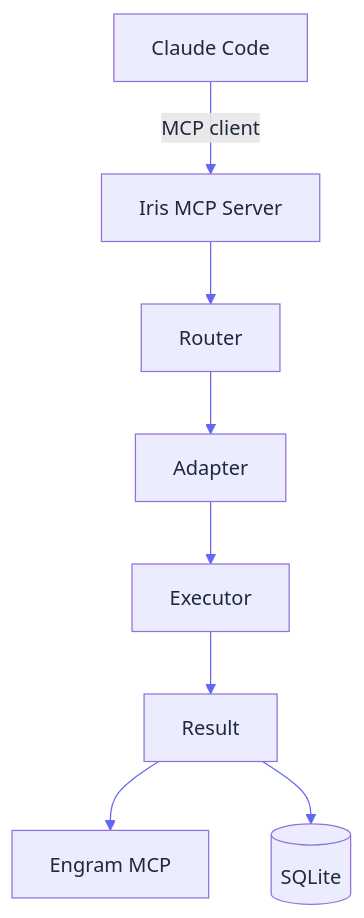
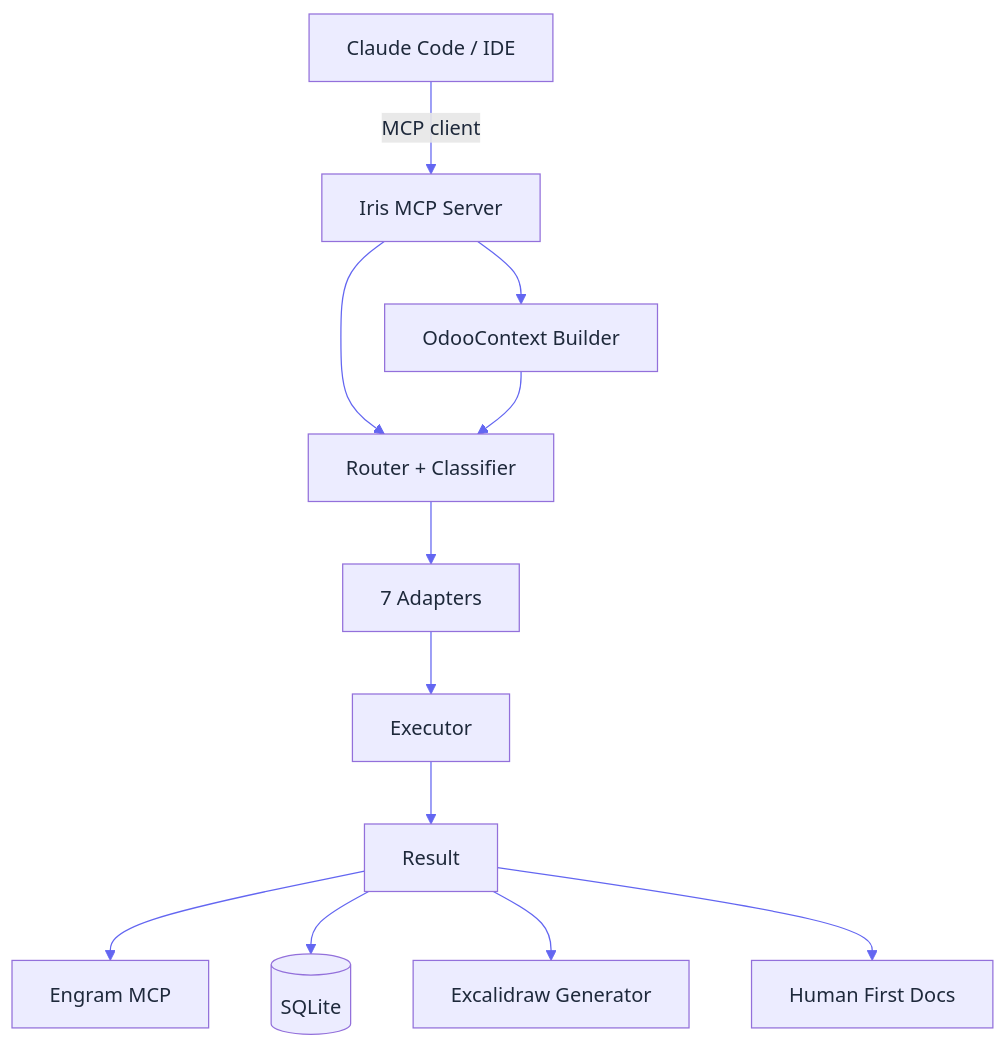
The first of 9 diagrams in ARCHITECTURE.md (Geraldow/iris), drawn with Mermaid before and after one commit. The commit also changed other lines of this file and 1 other file, not shown here.

Commit message:
docs: update ARCHITECTURE and PRD to reflect Odoo orchestration and excalidraw integration

````diff
--- a/ARCHITECTURE.md
+++ b/ARCHITECTURE.md
@@ -7,11 +14,15 @@
 ```mermaid
 %%{init: {'theme': 'default', 'themeVariables': {'primaryColor': '#dbeafe', 'primaryTextColor': '#1e293b', 'primaryBorderColor': '#3b82f6', 'lineColor': '#6366f1', 'secondaryColor': '#f0fdf4', 'secondaryTextColor': '#1e293b', 'secondaryBorderColor': '#22c55e', 'tertiaryColor': '#fef3c7', 'tertiaryTextColor': '#1e293b', 'textColor': '#1e293b', 'clusterBkg': '#eff6ff', 'clusterBorder': '#3b82f6'}}}%%
 flowchart TD
-    CC[Claude Code] -->|MCP client| Iris[Iris MCP Server]
-    Iris --> Router[Router]
-    Router --> Adapter[Adapter]
+    CC[Claude Code / IDE] -->|MCP client| Iris[Iris MCP Server]
+    Iris --> OdooCtx[OdooContext Builder]
+    Iris --> Router[Router + Classifier]
+    OdooCtx --> Router
+    Router --> Adapter[7 Adapters]
     Adapter --> Executor[Executor]
     Executor --> Result[Result]
     Result --> Engram[Engram MCP]
     Result --> SQLite[(SQLite)]
+    Result --> Diagrams[Excalidraw Generator]
+    Result --> HumanFirst[Human First Docs]
 ```
````
